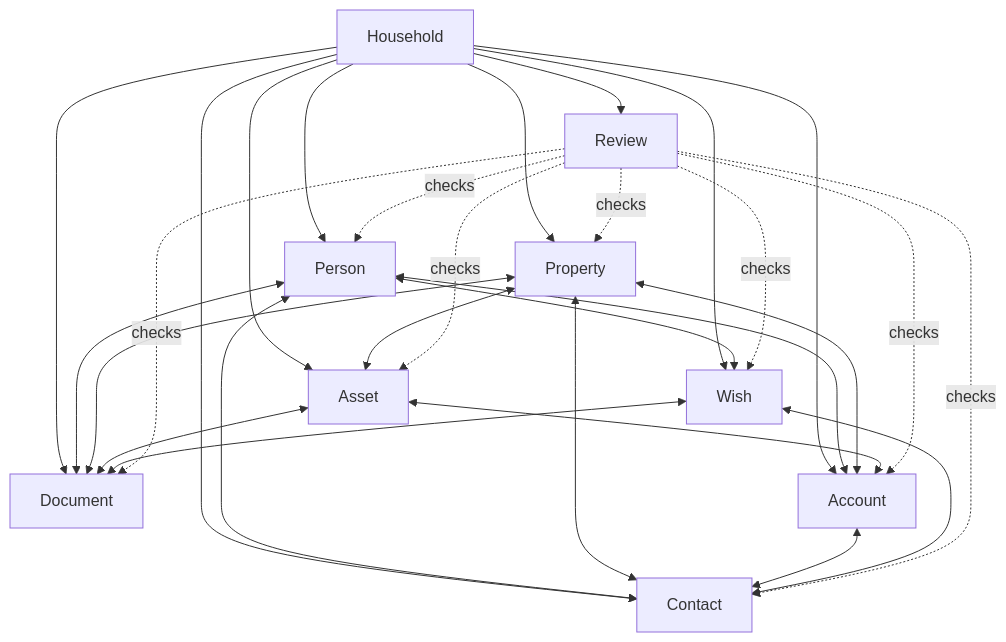
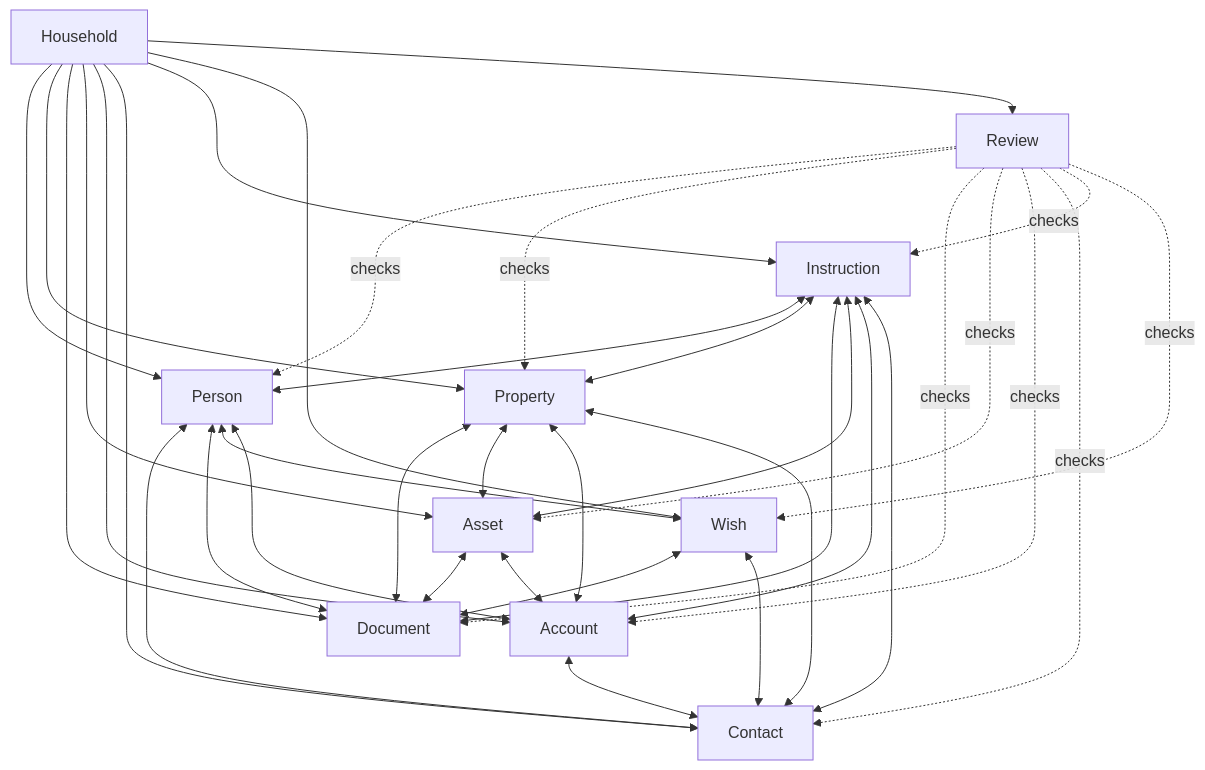
The diagram in docs/domainModel.mmd (Glawster/clannEolas), drawn with Mermaid before and after one commit. The commit also changed 12 other files, not shown here.

```diff
--- a/docs/domainModel.mmd
+++ b/docs/domainModel.mmd
@@ -1,30 +1,38 @@
 flowchart TB
     Household --> Person
     Household --> Property
     Household --> Document
     Household --> Asset
     Household --> Account
     Household --> Contact
+    Household --> Instruction
     Household --> Wish
     Household --> Review
 
     Person <--> Contact
     Person <--> Document
     Person <--> Wish
     Person <--> Account
     Property <--> Document
     Property <--> Asset
     Property <--> Account
     Property <--> Contact
     Asset <--> Document
     Asset <--> Account
     Account <--> Contact
+    Instruction <--> Person
+    Instruction <--> Property
+    Instruction <--> Document
+    Instruction <--> Asset
+    Instruction <--> Account
+    Instruction <--> Contact
     Wish <--> Document
     Wish <--> Contact
     Review -. checks .-> Person
     Review -. checks .-> Property
     Review -. checks .-> Document
     Review -. checks .-> Asset
     Review -. checks .-> Account
     Review -. checks .-> Contact
+    Review -. checks .-> Instruction
     Review -. checks .-> Wish
```
